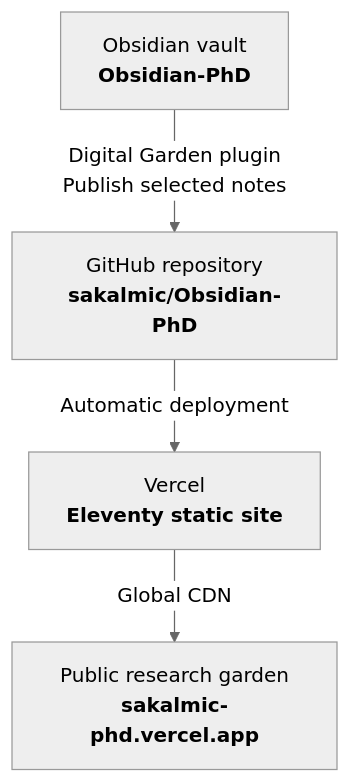
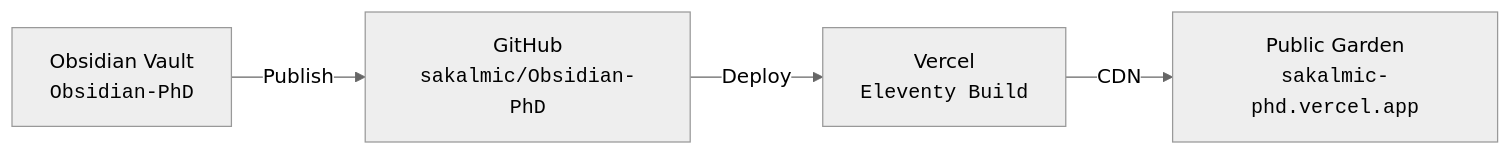
The diagram in src/site/notes/_System/Digital Garden & Vercel Deployment Guide.md (sakalmic/Obsidian-PhD), drawn with Mermaid (neutral theme) before and after one commit. The commit also changed other lines of this file and 2 other files, not shown here.

Commit message:
feat: add compact workflow alternatives and optimize mermaid styling

````diff
--- a/src/site/notes/_System/Digital Garden & Vercel Deployment Guide.md
+++ b/src/site/notes/_System/Digital Garden & Vercel Deployment Guide.md
@@ -23,11 +56,6 @@
 ```mermaid
-flowchart TB
-    A["Obsidian vault<br/><strong>Obsidian-PhD</strong>"]
-    B["GitHub repository<br/><strong>sakalmic/Obsidian-PhD</strong>"]
-    C["Vercel<br/><strong>Eleventy static site</strong>"]
-    D["Public research garden<br/><strong>sakalmic-phd.vercel.app</strong>"]
-
-    A -->|Digital Garden plugin<br/>Publish selected notes| B
-    B -->|Automatic deployment| C
-    C -->|Global CDN| D
+flowchart LR
+    A["Obsidian Vault<br/><code>Obsidian-PhD</code>"] -->|Publish| B["GitHub<br/><code>sakalmic/Obsidian-PhD</code>"]
+    B -->|Deploy| C["Vercel<br/><code>Eleventy Build</code>"]
+    C -->|CDN| D["Public Garden<br/><code>sakalmic-phd.vercel.app</code>"]
 ```
````
